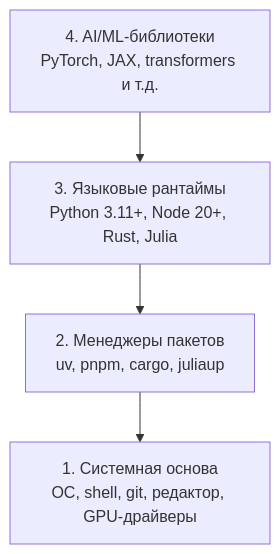
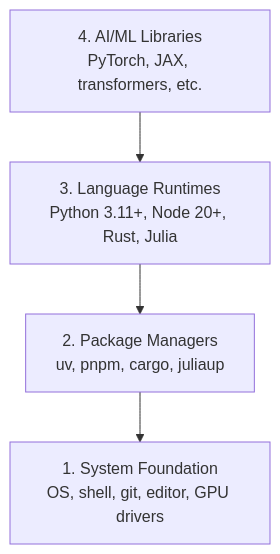
The diagram in phases/00-setup-and-tooling/01-dev-environment/docs/ru.md (stabuev/ai-engineering-from-scratch), drawn with Mermaid before and after one commit. The commit also changed other lines of this file and 182 other files, not shown here.

````diff
--- a/phases/00-setup-and-tooling/01-dev-environment/docs/ru.md
+++ b/phases/00-setup-and-tooling/01-dev-environment/docs/ru.md
@@ -27,6 +27,6 @@
 ```mermaid
 graph TD
-    A["4. AI/ML-библиотеки\nPyTorch, JAX, transformers и т.д."] --> B["3. Языковые рантаймы\nPython 3.11+, Node 20+, Rust, Julia"]
-    B --> C["2. Менеджеры пакетов\nuv, pnpm, cargo, juliaup"]
-    C --> D["1. Системная основа\nОС, shell, git, редактор, GPU-драйверы"]
+    A["4. AI/ML Libraries\nPyTorch, JAX, transformers, etc."] --> B["3. Language Runtimes\nPython 3.11+, Node 20+, Rust, Julia"]
+    B --> C["2. Package Managers\nuv, pnpm, cargo, juliaup"]
+    C --> D["1. System Foundation\nOS, shell, git, editor, GPU drivers"]
 ```
````
